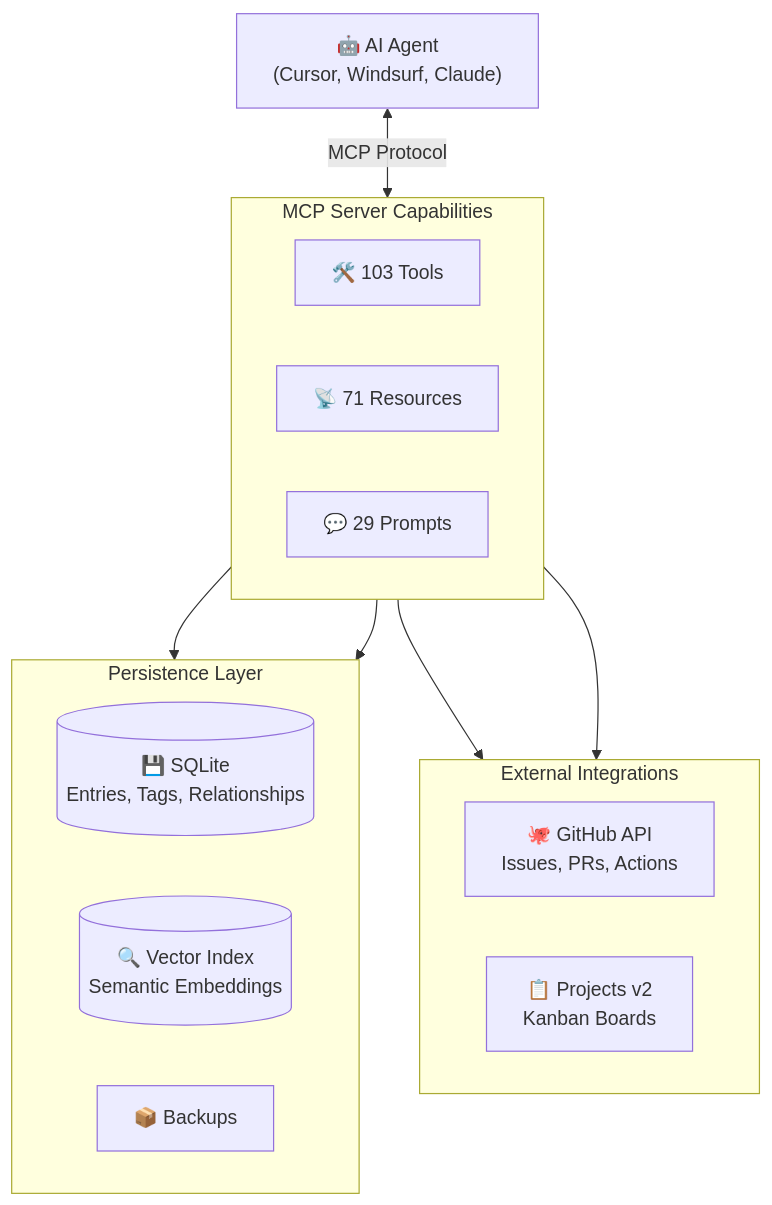
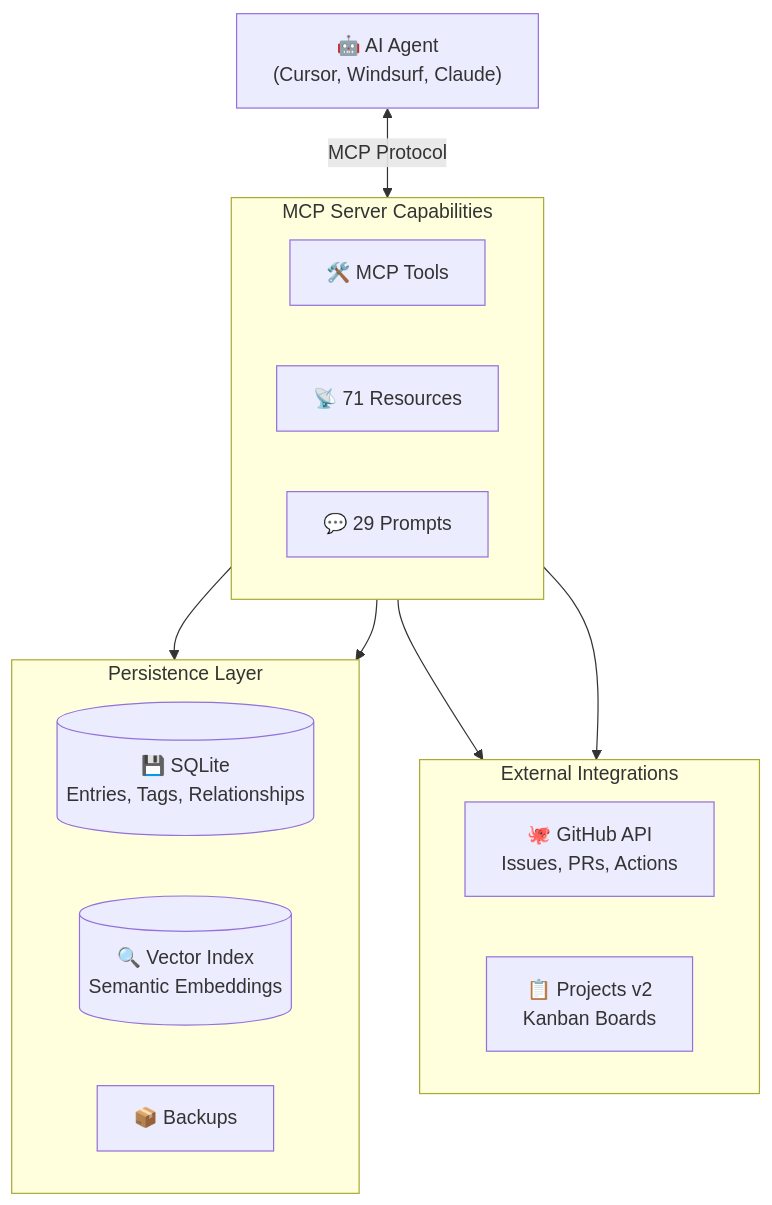
The second of 2 diagrams in README.md (neverinfamous/memory-journal-mcp), drawn with Mermaid before and after one commit. The commit also changed other lines of this file, not shown here.

````diff
--- a/README.md
+++ b/README.md
@@ -742,28 +742,28 @@
 ```mermaid
 flowchart TB
     AI["🤖 AI Agent<br/>(Cursor, Windsurf, Claude)"]
 
     subgraph MCP["MCP Server Capabilities"]
         direction LR
-        Tools["🛠️ 103 Tools"]
+        Tools["🛠️ MCP Tools"]
         Resources["📡 71 Resources"]
         Prompts["💬 29 Prompts"]
     end
 
     subgraph Storage["Persistence Layer"]
         SQLite[("💾 SQLite<br/>Entries, Tags, Relationships")]
         Vector[("🔍 Vector Index<br/>Semantic Embeddings")]
         Backups["📦 Backups"]
     end
 
     subgraph External["External Integrations"]
         GitHub["🐙 GitHub API<br/>Issues, PRs, Actions"]
         Kanban["📋 Projects v2<br/>Kanban Boards"]
     end
 
     AI <-->|"MCP Protocol"| MCP
     Tools --> Storage
     Tools --> External
     Resources --> Storage
     Resources --> External
 ```
````
